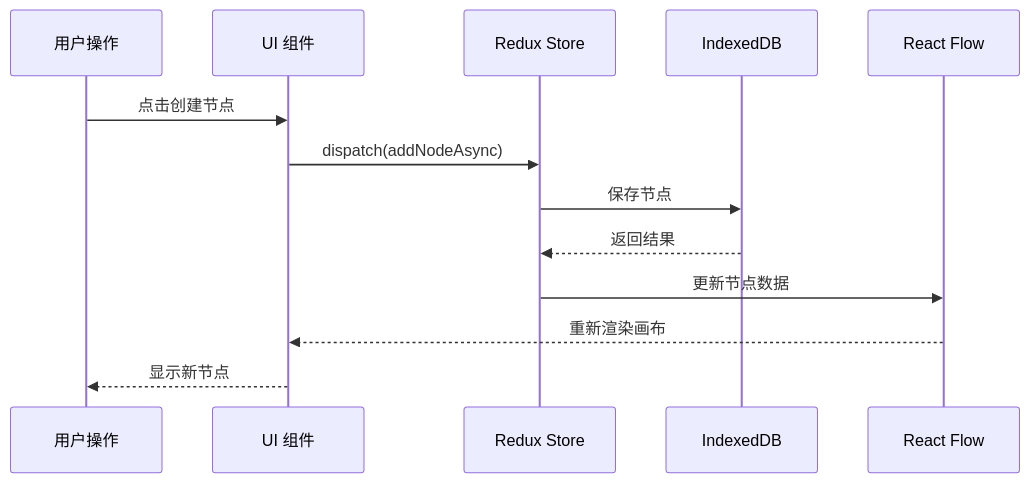
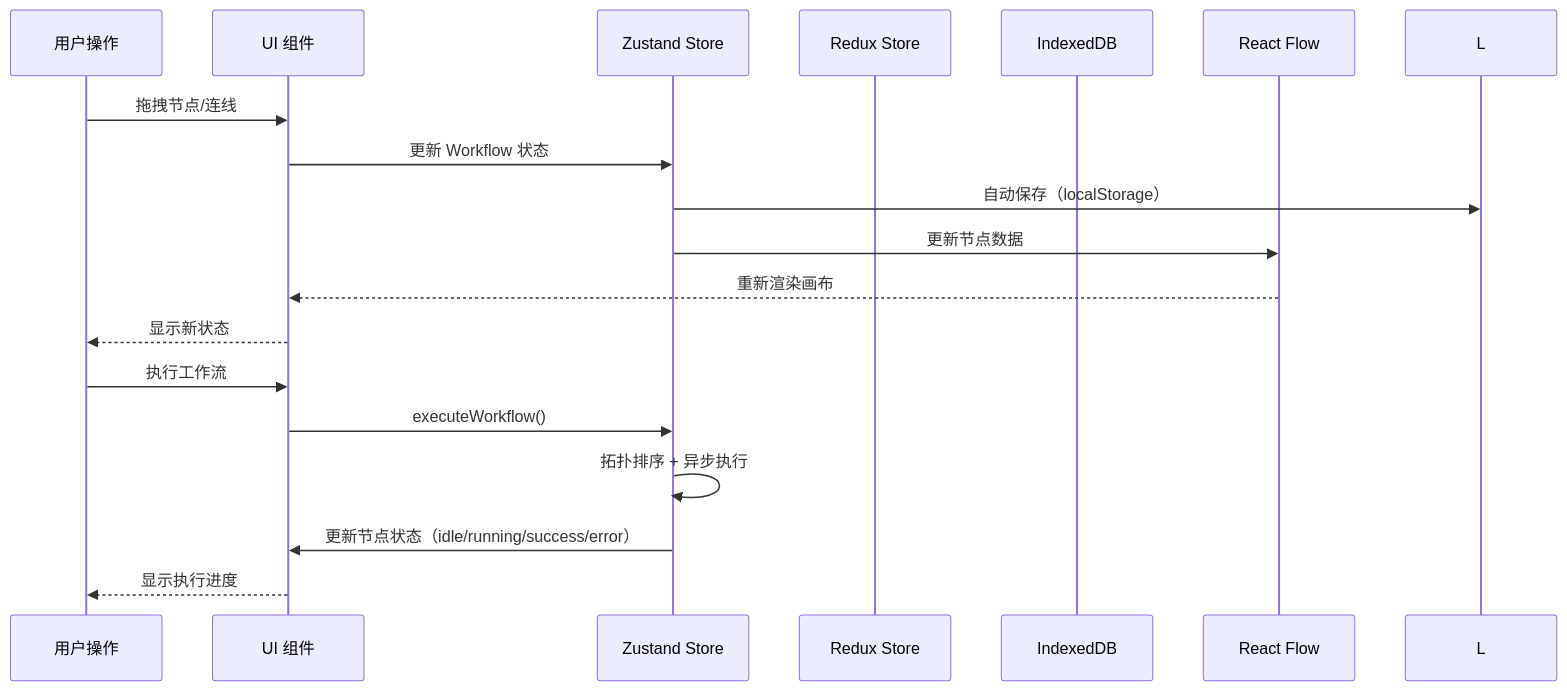
The second of 4 diagrams in CLAUDE.md (changzhi777/NanoAiCanvas_workflow), drawn with Mermaid before and after one commit. The commit also changed other lines of this file and 73 other files, not shown here.

````diff
--- a/CLAUDE.md
+++ b/CLAUDE.md
@@ -138,16 +159,22 @@
 ```mermaid
 sequenceDiagram
     participant U as 用户操作
     participant UI as UI 组件
+    participant Z as Zustand Store
     participant R as Redux Store
     participant DB as IndexedDB
     participant C as React Flow
 
-    U->>UI: 点击创建节点
-    UI->>R: dispatch(addNodeAsync)
-    R->>DB: 保存节点
-    DB-->>R: 返回结果
-    R->>C: 更新节点数据
+    U->>UI: 拖拽节点/连线
+    UI->>Z: 更新 Workflow 状态
+    Z->>L: 自动保存（localStorage）
+    Z->>C: 更新节点数据
     C-->>UI: 重新渲染画布
-    UI-->>U: 显示新节点
+    UI-->>U: 显示新状态
+
+    U->>UI: 执行工作流
+    UI->>Z: executeWorkflow()
+    Z->>Z: 拓扑排序 + 异步执行
+    Z->>UI: 更新节点状态（idle/running/success/error）
+    UI-->>U: 显示执行进度
 ```
````
